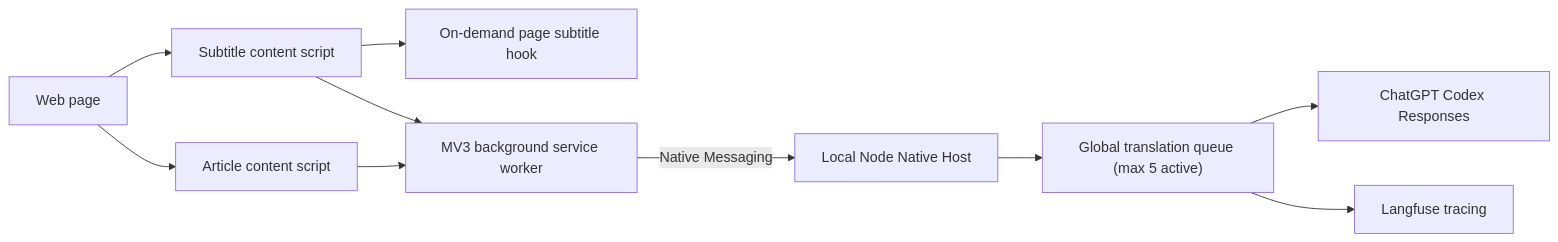
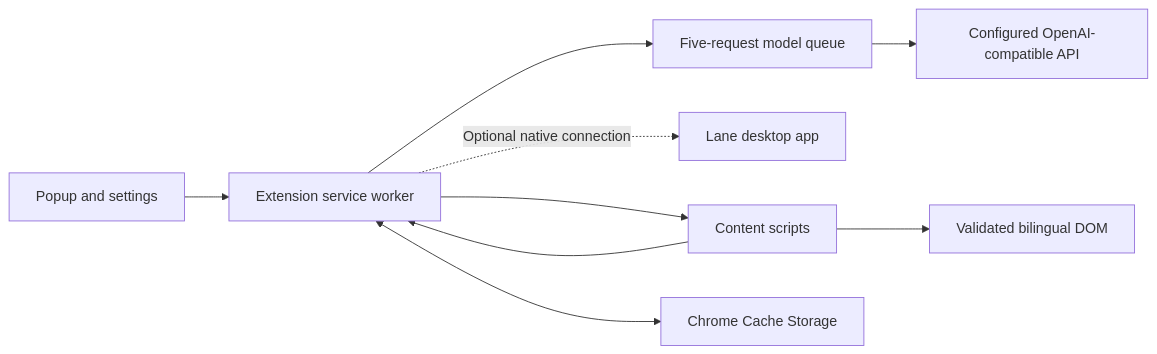
Before and after one commit to 1MoreBuild/transly: the diagram in docs/architecture.md, drawn with Mermaid. The commit also changed other lines of this file and 67 other files, not shown here.

Commit message:
Support OpenAI-compatible providers and Lane

````diff
--- a/docs/architecture.md
+++ b/docs/architecture.md
@@ -5,12 +8,11 @@
 ```mermaid
 flowchart LR
-  Page["Web page"] --> Article["Article content script"]
-  Page --> Subtitle["Subtitle content script"]
-  Subtitle --> Hook["On-demand page subtitle hook"]
-  Article --> BG["MV3 background service worker"]
-  Subtitle --> BG
-  BG -->|"Native Messaging"| Host["Local Node Native Host"]
-  Host --> Queue["Global translation queue (max 5 active)"]
-  Queue --> Codex["ChatGPT Codex Responses"]
-  Queue --> Langfuse["Langfuse tracing"]
+  Popup["Popup and settings"] --> BG["Extension service worker"]
+  Content["Content scripts"] --> BG
+  BG -. "Optional native connection" .-> Lane["Lane desktop app"]
+  BG --> Queue["Five-request model queue"]
+  Queue --> API["Configured OpenAI-compatible API"]
+  BG <--> Cache["Chrome Cache Storage"]
+  BG --> Content
+  Content --> DOM["Validated bilingual DOM"]
 ```
````
